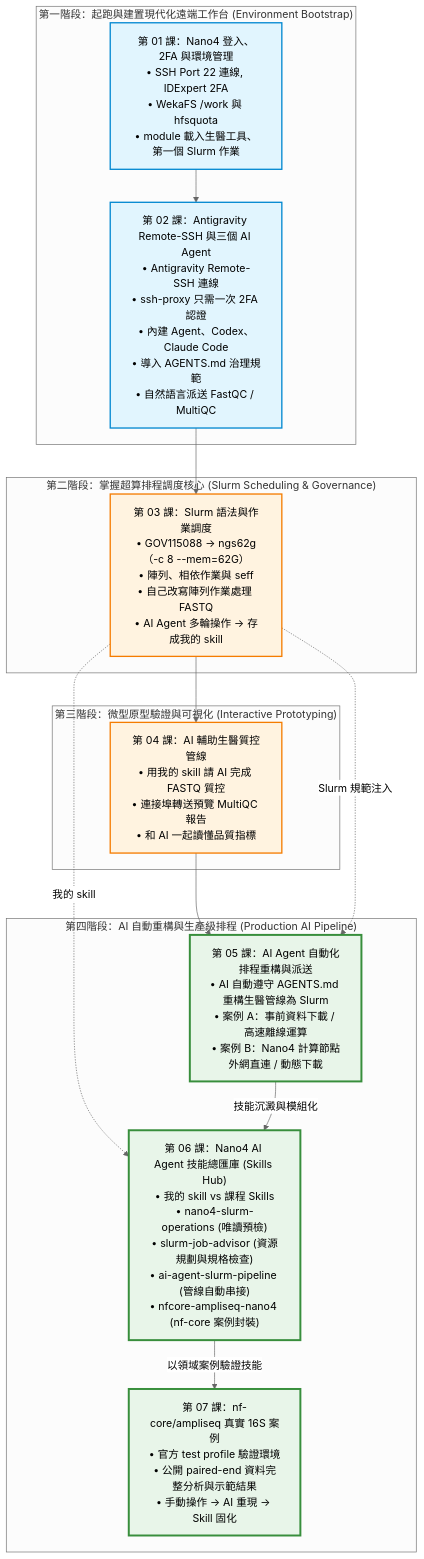
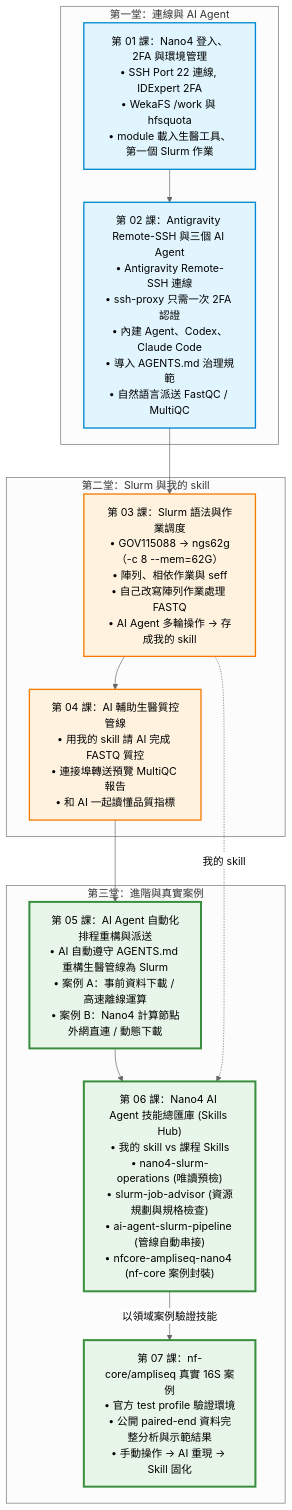
Before and after one commit to gemini960114/Nano4-Docs: the first of 2 diagrams in README.md, drawn with Mermaid (neutral theme). The commit also changed other lines of this file and 15 other files, not shown here.

````diff
--- a/README.md
+++ b/README.md
@@ -42,37 +42,34 @@
 ```mermaid
 flowchart TD
-    subgraph S1["第一階段：起跑與建置現代化遠端工作台 (Environment Bootstrap)"]
+    subgraph S1["第一堂：連線與 AI Agent"]
         C1["第 01 課：Nano4 登入、2FA 與環境管理<br>• SSH Port 22 連線, IDExpert 2FA<br>• WekaFS /work 與 hfsquota<br>• module 載入生醫工具、第一個 Slurm 作業"]
         C2["第 02 課：Antigravity Remote-SSH 與三個 AI Agent<br>• Antigravity Remote-SSH 連線<br>• ssh-proxy 只需一次 2FA 認證<br>• 內建 Agent、Codex、Claude Code<br>• 導入 AGENTS.md 治理規範<br>• 自然語言派送 FastQC / MultiQC"]
         C1 --> C2
     end
 
-    subgraph S2["第二階段：掌握超算排程調度核心 (Slurm Scheduling & Governance)"]
+    subgraph S2["第二堂：Slurm 與我的 skill"]
         C3["第 03 課：Slurm 語法與作業調度<br>• GOV115088 → ngs62g（-c 8 --mem=62G）<br>• 陣列、相依作業與 seff<br>• 自己改寫陣列作業處理 FASTQ<br>• AI Agent 多輪操作 → 存成我的 skill"]
-        C2 --> C3
-    end
-
-    subgraph S3["第三階段：微型原型驗證與可視化 (Interactive Prototyping)"]
         C4["第 04 課：AI 輔助生醫質控管線<br>• 用我的 skill 請 AI 完成 FASTQ 質控<br>• 連接埠轉送預覽 MultiQC 報告<br>• 和 AI 一起讀懂品質指標"]
         C3 --> C4
     end
 
-    subgraph S4["第四階段：AI 自動重構與生產級排程 (Production AI Pipeline)"]
+    subgraph S3["第三堂：進階與真實案例"]
         C5["第 05 課：AI Agent 自動化排程重構與派送<br>• AI 自動遵守 AGENTS.md 重構生醫管線為 Slurm<br>• 案例 A：事前資料下載 / 高速離線運算<br>• 案例 B：Nano4 計算節點外網直連 / 動態下載"]
         C6["第 06 課：Nano4 AI Agent 技能總匯庫 (Skills Hub)<br>• 我的 skill vs 課程 Skills<br>• nano4-slurm-operations (唯讀預檢)<br>• slurm-job-advisor (資源規劃與規格檢查)<br>• ai-agent-slurm-pipeline (管線自動串接)<br>• nfcore-ampliseq-nano4 (nf-core 案例封裝)"]
         C7["第 07 課：nf-core/ampliseq 真實 16S 案例<br>• 官方 test profile 驗證環境<br>• 公開 paired-end 資料完整分析與示範結果<br>• 手動操作 → AI 重現 → Skill 固化"]
-        C4 --> C5
-        C3 -.->|Slurm 規範注入| C5
-        C3 -.->|我的 skill| C6
-        C5 -->|技能沉澱與模組化| C6
+        C5 --> C6
         C6 -->|以領域案例驗證技能| C7
     end
+
+    C2 --> C3
+    C4 --> C5
+    C3 -.->|我的 skill| C6
 
     classDef primary fill:#e1f5fe,stroke:#0288d1,stroke-width:2px;
     classDef highlight fill:#fff3e0,stroke:#f57c00,stroke-width:2px;
     classDef capstone fill:#e8f5e9,stroke:#388e3c,stroke-width:3px;
 
     class C1,C2 primary;
     class C3,C4 highlight;
     class C5,C6,C7 capstone;
 ```
````
